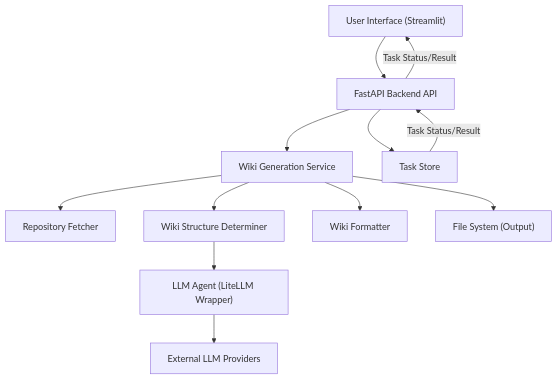
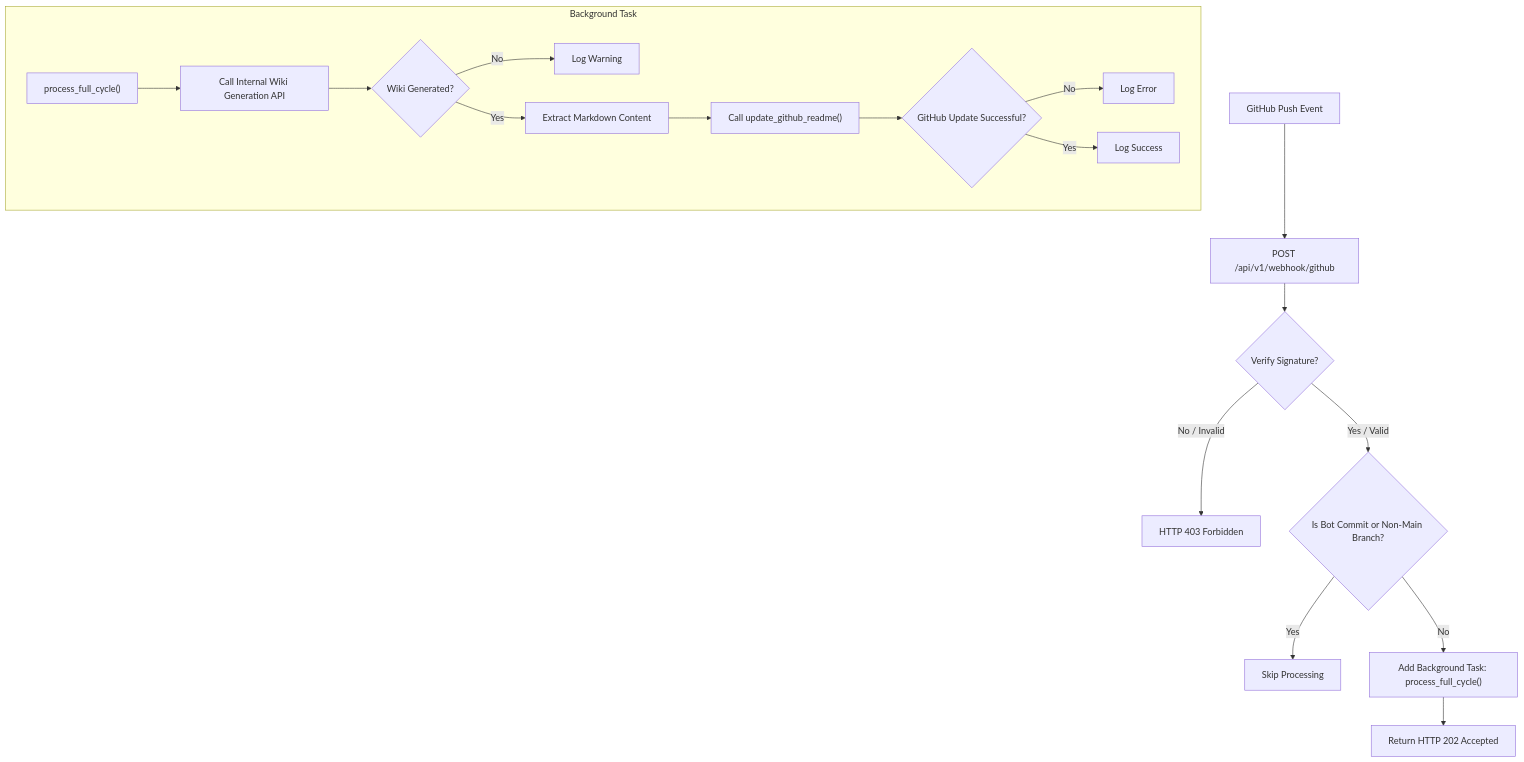
One commit to catuscio/wiki-as-readme changed diagram 12 of 19 in examples/wiki_as_README.md. Above: the diagram before and after it, drawn with Mermaid. The commit also changed other lines of this file, not shown here.

Commit message:
✨📚 Update examples/wiki_as_README.md via Wiki-As-Readme Action (en)

````diff
--- a/examples/wiki_as_README.md
+++ b/examples/wiki_as_README.md
@@ -1470,14 +1312,21 @@
 ```mermaid
-graph TD
-    A["User Interface (Streamlit)"] --> B["FastAPI Backend API"];
-    B --> C["Wiki Generation Service"];
-    C --> D["Repository Fetcher"];
-    C --> E["Wiki Structure Determiner"];
-    C --> F["Wiki Formatter"];
-    E --> G["LLM Agent (LiteLLM Wrapper)"];
-    G --> H["External LLM Providers"];
-    B --> I["Task Store"];
-    C --> J["File System (Output)"];
-    I -- "Task Status/Result" --> B;
-    B -- "Task Status/Result" --> A;
+flowchart TD
+    A["GitHub Push Event"] --> B["POST /api/v1/webhook/github"];
+    B --> C{"Verify Signature?"};
+    C -- "No / Invalid" --> D["HTTP 403 Forbidden"];
+    C -- "Yes / Valid" --> E{"Is Bot Commit or Non-Main Branch?"};
+    E -- "Yes" --> F["Skip Processing"];
+    E -- "No" --> G["Add Background Task: process_full_cycle()"];
+    G --> H["Return HTTP 202 Accepted"];
+
+    subgraph Background Task
+        H_sub["process_full_cycle()"] --> I["Call Internal Wiki Generation API"];
+        I --> J{"Wiki Generated?"};
+        J -- "No" --> K["Log Warning"];
+        J -- "Yes" --> L["Extract Markdown Content"];
+        L --> M["Call update_github_readme()"];
+        M --> N{"GitHub Update Successful?"};
+        N -- "No" --> O["Log Error"];
+        N -- "Yes" --> P["Log Success"];
+    end
 ```
````
